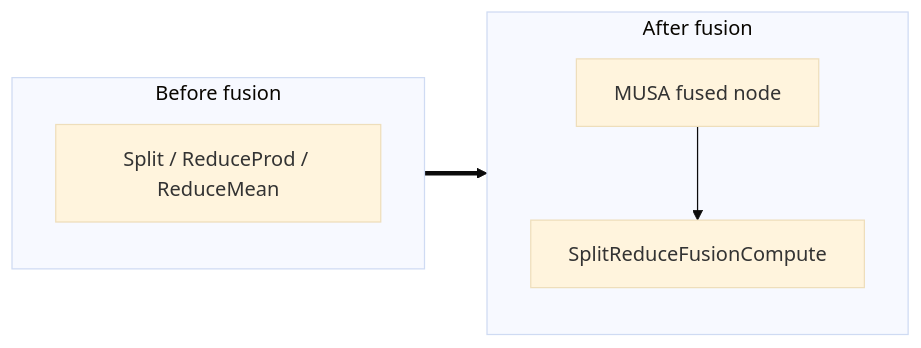
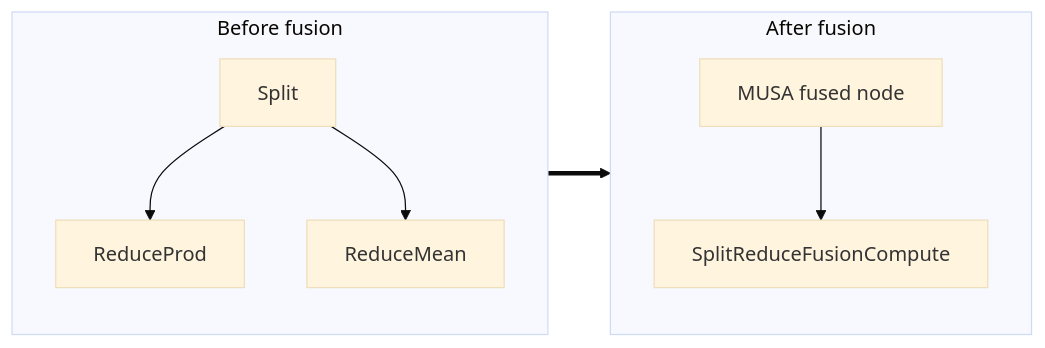
The diagram in musa/docs/fusion/split_reduce.md (MooreThreads/onnxruntime-musa), drawn with Mermaid (base theme) before and after one commit. The commit also changed other lines of this file and 13 other files, not shown here.

````diff
--- a/musa/docs/fusion/split_reduce.md
+++ b/musa/docs/fusion/split_reduce.md
@@ -22,12 +23,16 @@
 ```mermaid
 flowchart LR
   subgraph Before[Before fusion]
-    B0["Split / ReduceProd / ReduceMean"]
+    B0["Split"]
+    B1["ReduceProd"]
+    B2["ReduceMean"]
+    B0 --> B1
+    B0 --> B2
   end
   subgraph After[After fusion]
     A0["MUSA fused node"]
     A1["SplitReduceFusionCompute"]
     A0 --> A1
   end
   Before ==> After
 ```
````
